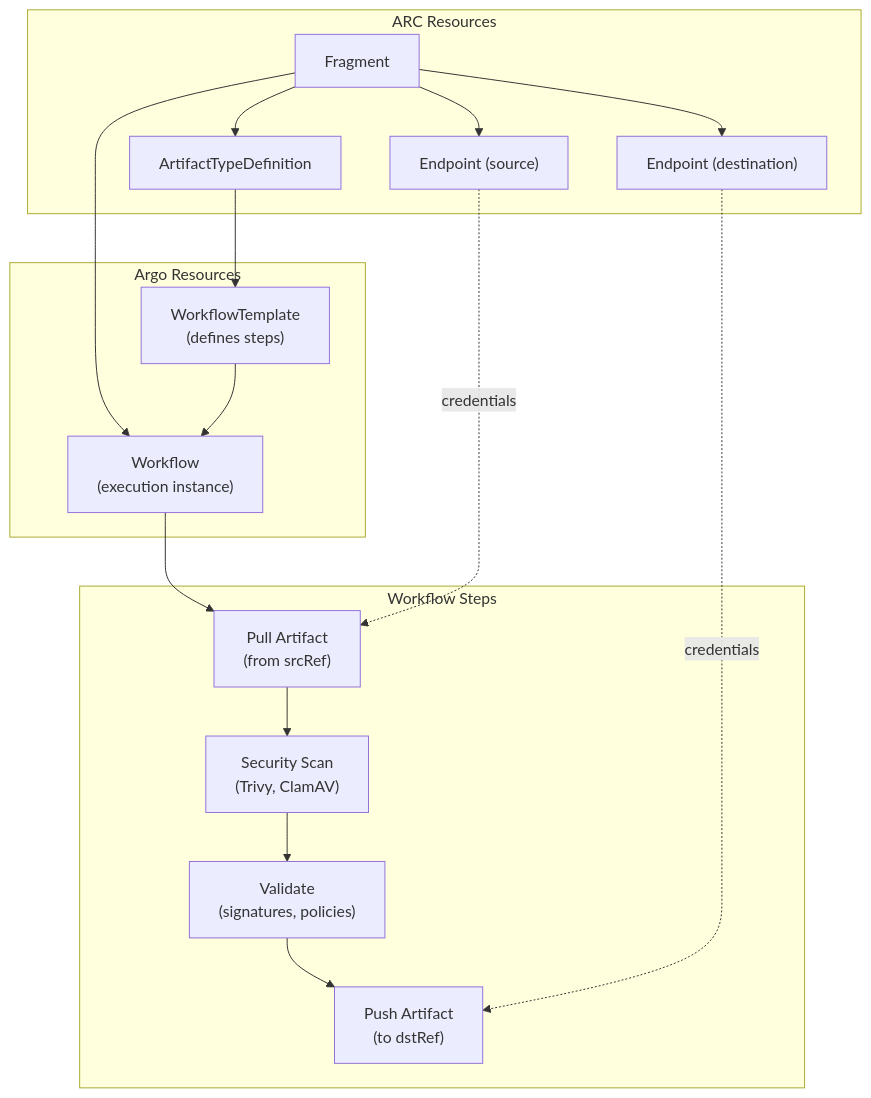
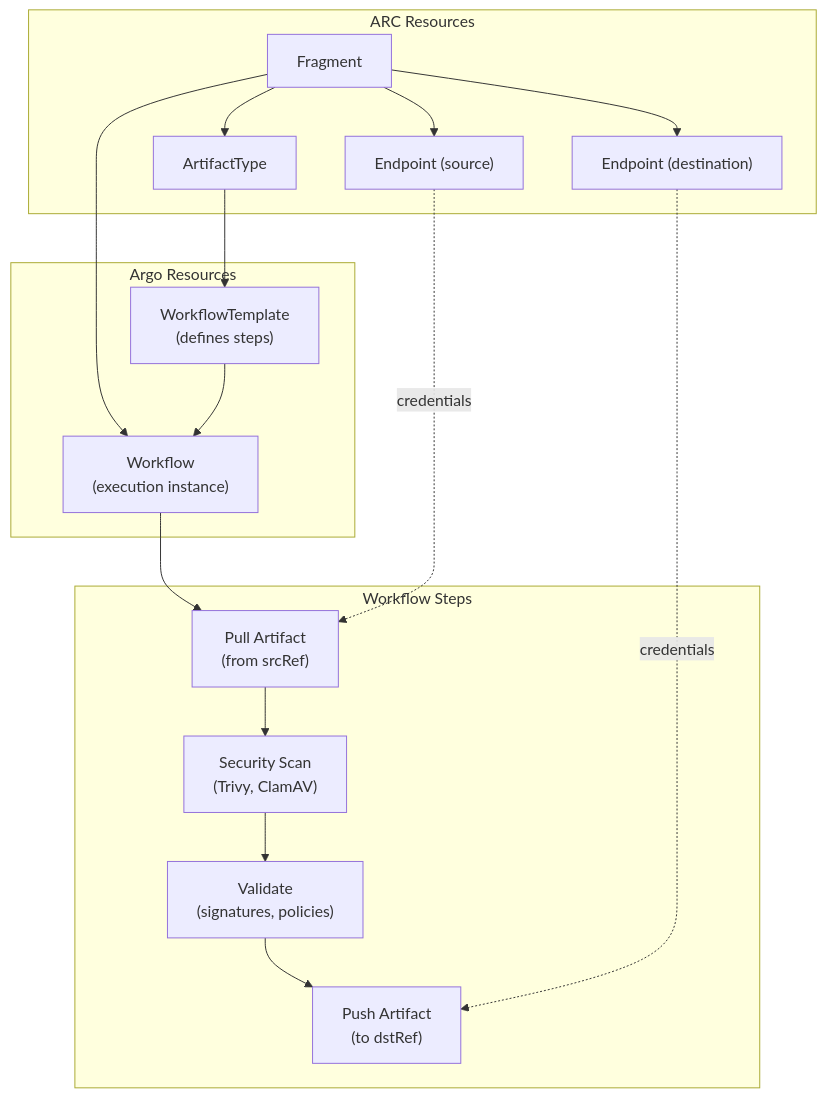
Before and after one commit to opendefensecloud/artifact-conduit: the fifth of 7 diagrams in docs/user-guide/core-concepts.md, drawn with Mermaid. The commit also changed other lines of this file and 39 other files, not shown here.

Commit message:
rename ArtifactTypeDefinition to ArtifactType

````diff
--- a/docs/user-guide/core-concepts.md
+++ b/docs/user-guide/core-concepts.md
@@ -316,37 +316,37 @@
 ```mermaid
 graph TB
     subgraph "ARC Resources"
         Fragment["Fragment"]
-        ATD["ArtifactTypeDefinition"]
+        ATD["ArtifactType"]
         Endpoint1["Endpoint (source)"]
         Endpoint2["Endpoint (destination)"]
     end
     
     subgraph "Argo Resources"
         WorkflowTemplate["WorkflowTemplate<br/>(defines steps)"]
         Workflow["Workflow<br/>(execution instance)"]
     end
     
     subgraph "Workflow Steps"
         PullStep["Pull Artifact<br/>(from srcRef)"]
         ScanStep["Security Scan<br/>(Trivy, ClamAV)"]
         ValidateStep["Validate<br/>(signatures, policies)"]
         PushStep["Push Artifact<br/>(to dstRef)"]
     end
     
     Fragment --> ATD
     ATD --> WorkflowTemplate
     Fragment --> Workflow
     WorkflowTemplate --> Workflow
     
     Fragment --> Endpoint1
     Fragment --> Endpoint2
     
     Workflow --> PullStep
     PullStep --> ScanStep
     ScanStep --> ValidateStep
     ValidateStep --> PushStep
     
     Endpoint1 -.credentials.-> PullStep
     Endpoint2 -.credentials.-> PushStep
 ```
````
